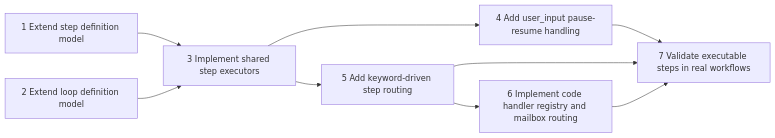
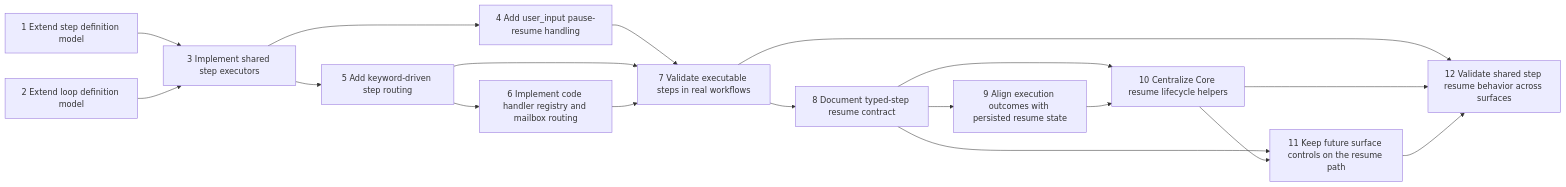
Before and after one commit to prometheus2D/Wally: the diagram in Wally.Core/Default/Projects/Proposals/ExecutableLoopStepsProposalTasks.md, drawn with Mermaid. The commit also changed other lines of this file and 5 other files, not shown here.

````diff
--- a/Wally.Core/Default/Projects/Proposals/ExecutableLoopStepsProposalTasks.md
+++ b/Wally.Core/Default/Projects/Proposals/ExecutableLoopStepsProposalTasks.md
@@ -69,11 +96,20 @@
 ```mermaid
 flowchart LR
     T1[1 Extend step definition model] --> T3[3 Implement shared step executors]
     T2[2 Extend loop definition model] --> T3
     T3 --> T4[4 Add user_input pause-resume handling]
     T3 --> T5[5 Add keyword-driven step routing]
     T5 --> T6[6 Implement code handler registry and mailbox routing]
     T4 --> T7[7 Validate executable steps in real workflows]
     T5 --> T7
     T6 --> T7
+    T7 --> T8[8 Document typed-step resume contract]
+    T8 --> T9[9 Align execution outcomes with persisted resume state]
+    T8 --> T10[10 Centralize Core resume lifecycle helpers]
+    T9 --> T10
+    T8 --> T11[11 Keep future surface controls on the resume path]
+    T10 --> T11
+    T7 --> T12[12 Validate shared step resume behavior across surfaces]
+    T10 --> T12
+    T11 --> T12
 ```
````
